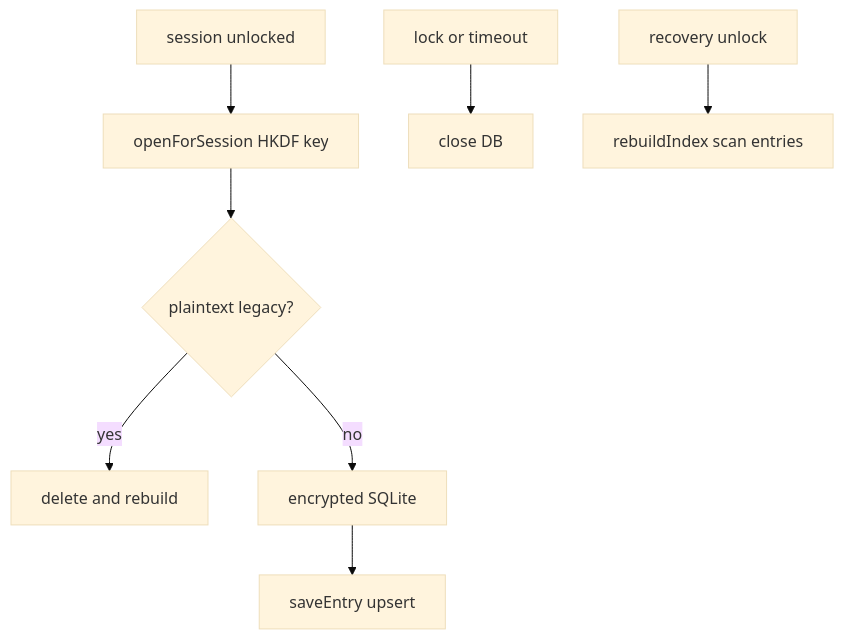
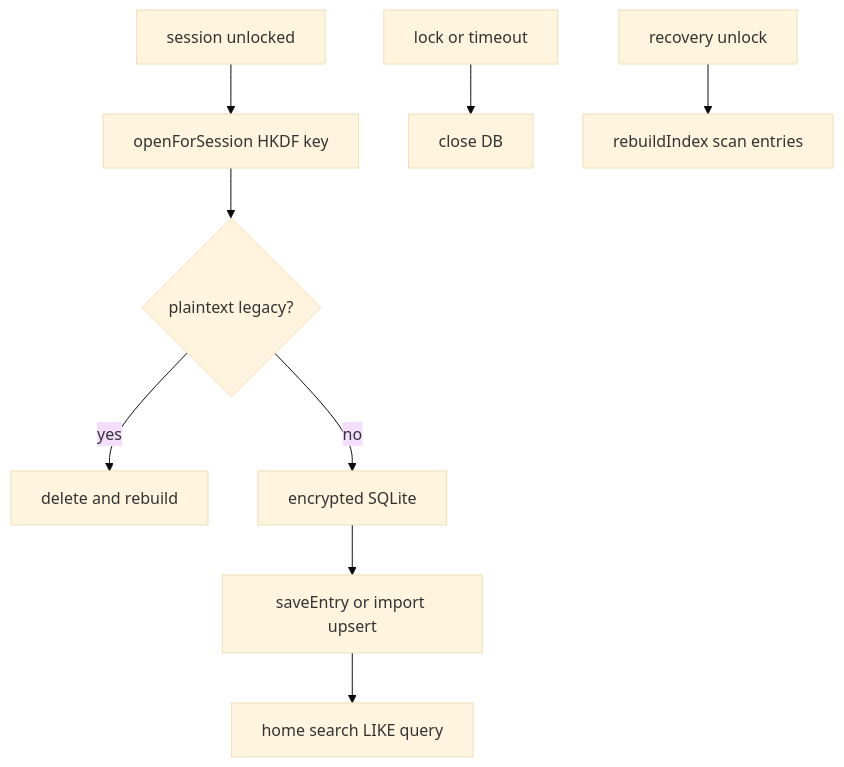
Before and after one commit to zack20136/quill-diary: the diagram in docs/索引資料庫.md, drawn with Mermaid (base theme). The commit also changed other lines of this file and 3 other files, not shown here.

````diff
--- a/docs/索引資料庫.md
+++ b/docs/索引資料庫.md
@@ -7,10 +7,11 @@
 ```mermaid
 flowchart TD
     unlock[session unlocked] --> open[openForSession HKDF key]
     open --> legacy{plaintext legacy?}
     legacy -->|yes| delete[delete and rebuild]
     legacy -->|no| use[encrypted SQLite]
-    use --> sync[saveEntry upsert]
+    use --> sync[saveEntry or import upsert]
+    sync --> search[home search LIKE query]
     lock[lock or timeout] --> close[close DB]
     recovery[recovery unlock] --> rebuild[rebuildIndex scan entries]
 ```
````
